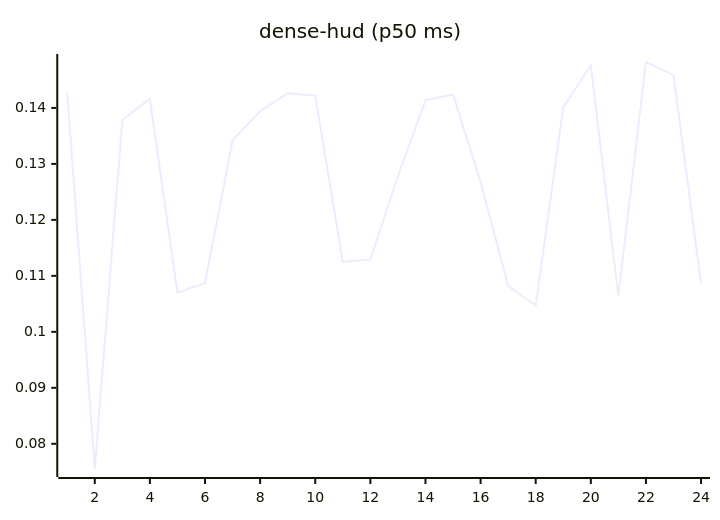
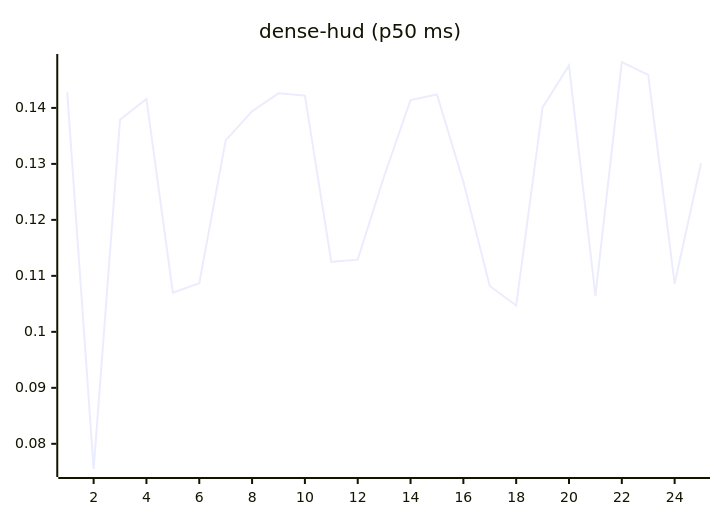
One commit to josha/Facet changed the eighth of 27 diagrams in README.md. Above: the diagram before and after it, drawn with Mermaid. The commit also changed other lines of this file and 2 other files, not shown here.

````diff
--- a/README.md
+++ b/README.md
@@ -112,6 +112,6 @@
 ```mermaid
 xychart-beta
     title "dense-hud (p50 ms)"
-    x-axis 1 --> 24
-    line [0.1428, 0.0755, 0.1379, 0.1416, 0.1070, 0.1087, 0.1342, 0.1394, 0.1426, 0.1422, 0.1125, 0.1129, 0.1278, 0.1414, 0.1424, 0.1268, 0.1082, 0.1047, 0.1401, 0.1476, 0.1064, 0.1482, 0.1459, 0.1086]
+    x-axis 1 --> 25
+    line [0.1428, 0.0755, 0.1379, 0.1416, 0.1070, 0.1087, 0.1342, 0.1394, 0.1426, 0.1422, 0.1125, 0.1129, 0.1278, 0.1414, 0.1424, 0.1268, 0.1082, 0.1047, 0.1401, 0.1476, 0.1064, 0.1482, 0.1459, 0.1086, 0.1301]
 ```
````
